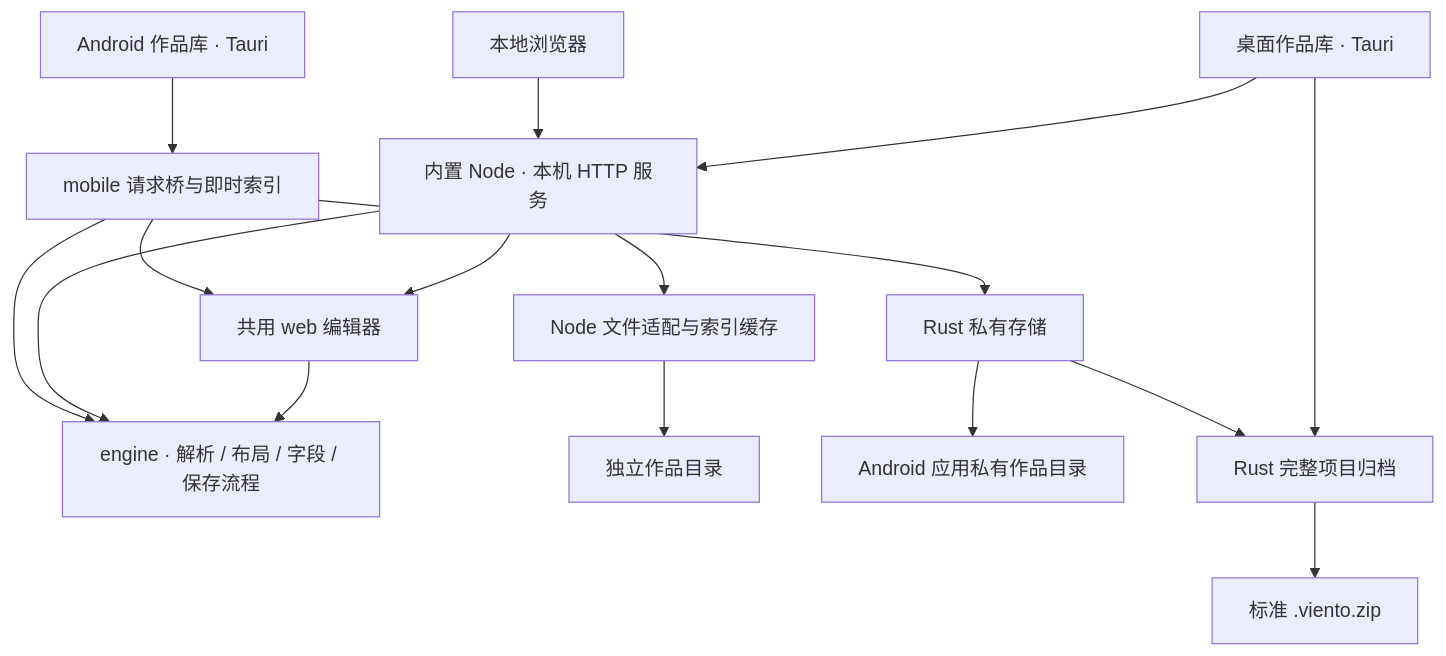
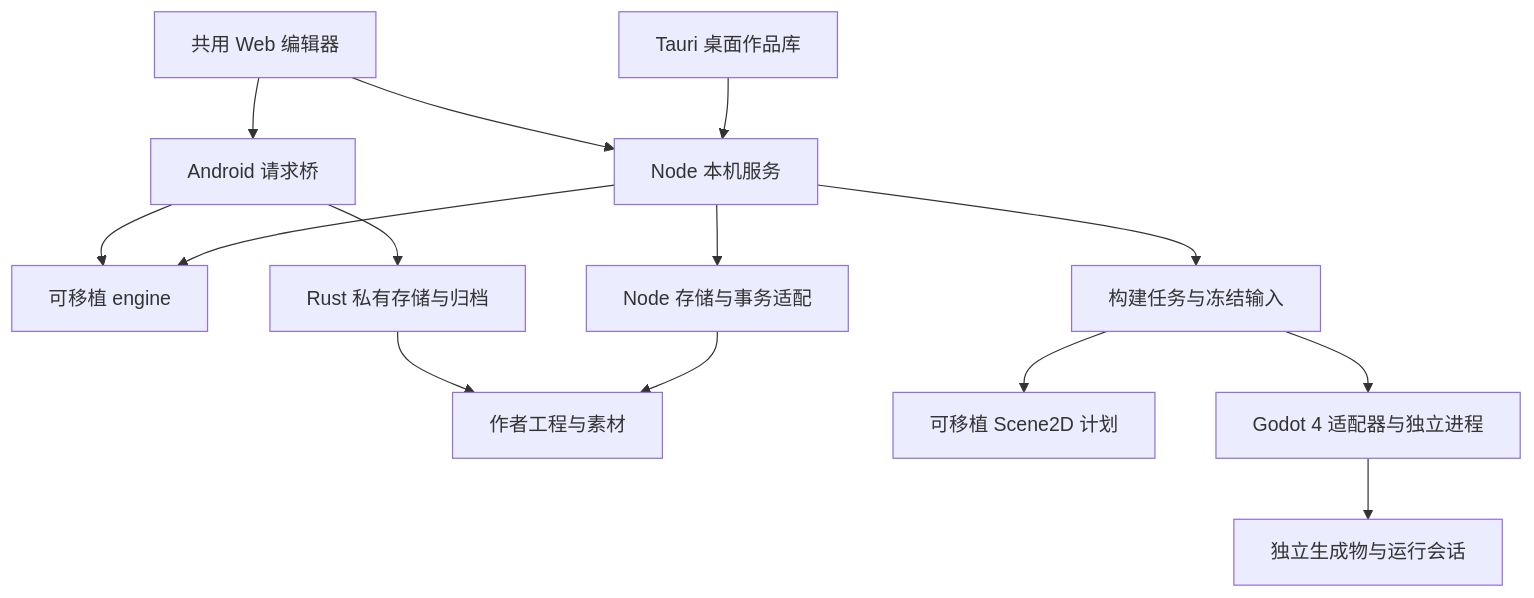
One commit to Team-silvortex/viento-studio changed the diagram in docs/ARCHITECTURE.md. Above: the diagram before and after it, drawn with Mermaid. The commit also changed other lines of this file and 301 other files, not shown here.

````diff
--- a/docs/ARCHITECTURE.md
+++ b/docs/ARCHITECTURE.md
@@ -29,18 +22,16 @@
 ```mermaid
 flowchart TB
-  D[桌面作品库 · Tauri] --> N[内置 Node · 本机 HTTP 服务]
-  B[本地浏览器] --> N
-  N --> W[共用 web 编辑器]
-  A[Android 作品库 · Tauri] --> M[mobile 请求桥与即时索引]
-  M --> W
-  W --> E[engine · 解析 / 布局 / 字段 / 保存流程]
-  N --> E
-  M --> E
-  N --> F[Node 文件适配与索引缓存]
-  M --> R[Rust 私有存储]
-  F --> P[独立作品目录]
-  R --> Q[Android 应用私有作品目录]
-  D --> Z[Rust 完整项目归档]
-  R --> Z
-  Z --> X[标准 .viento.zip]
+  Desktop[Tauri 桌面作品库] --> Node[Node 本机服务]
+  Web[共用 Web 编辑器] --> Node
+  Web --> Mobile[Android 请求桥]
+  Node --> Core[可移植 engine]
+  Mobile --> Core
+  Node --> IO[Node 存储与事务适配]
+  Mobile --> Rust[Rust 私有存储与归档]
+  IO --> Source[作者工程与素材]
+  Rust --> Source
+  Node --> Build[构建任务与冻结输入]
+  Build --> Plan[可移植 Scene2D 计划]
+  Build --> Godot[Godot 4 适配器与独立进程]
+  Godot --> Output[独立生成物与运行会话]
 ```
````
